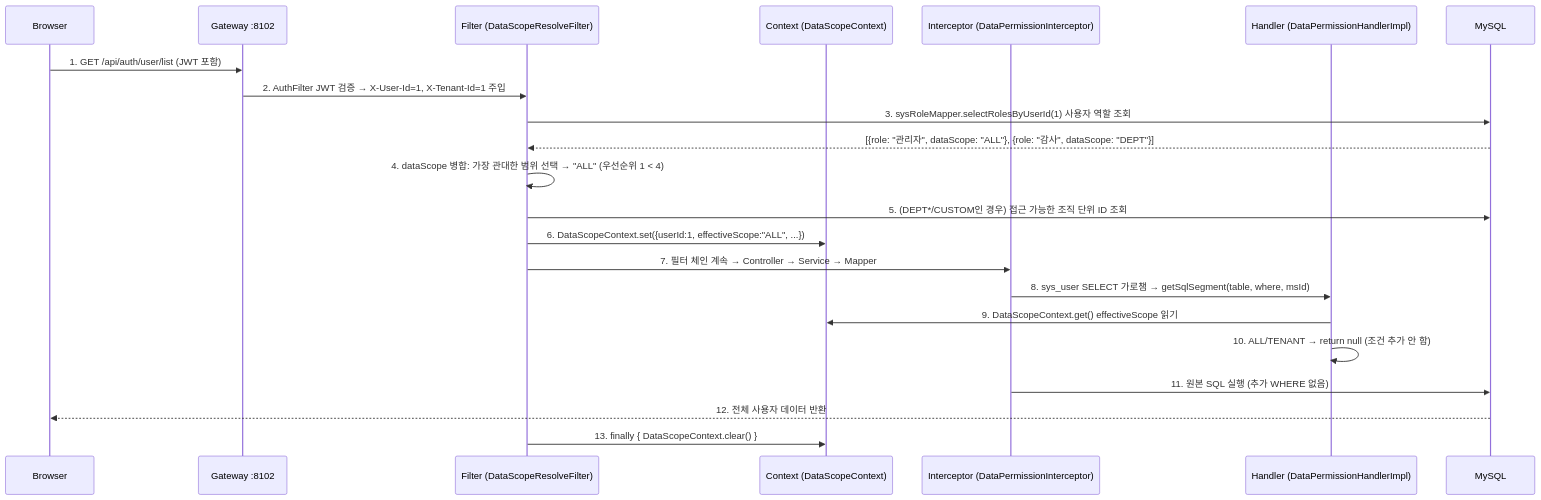
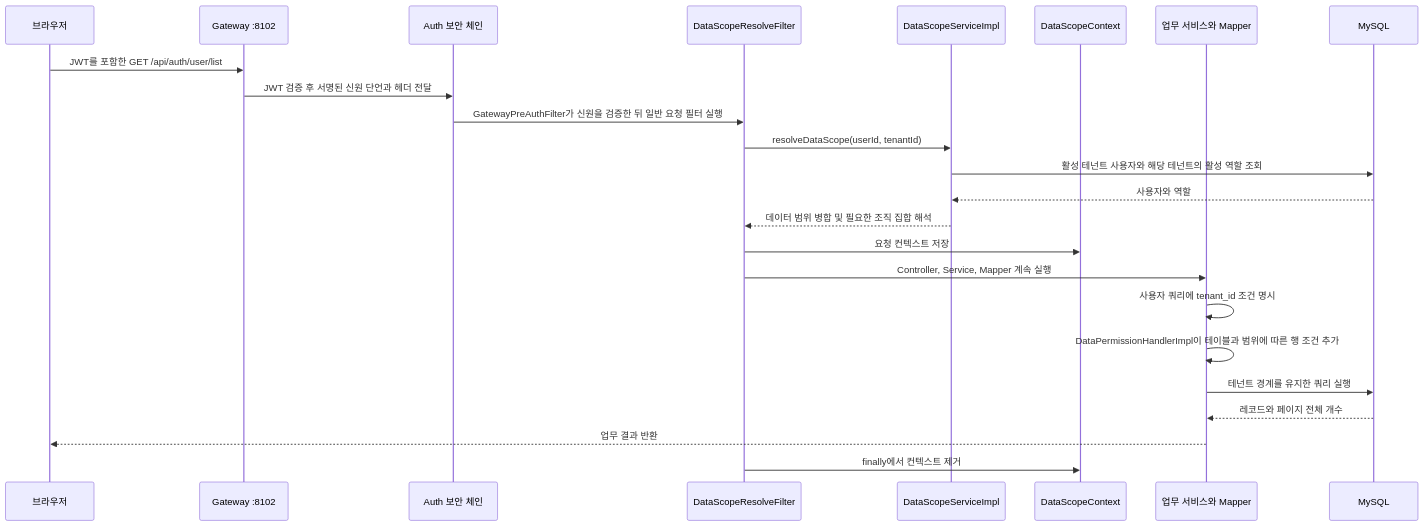
One commit to wang-baohai/Omni-Stack changed the sixth of 21 diagrams in docs/core-flows.kr.md. Above: the diagram before and after it, drawn with Mermaid. The commit also changed other lines of this file and 1095 other files, not shown here.

````diff
--- a/docs/core-flows.kr.md
+++ b/docs/core-flows.kr.md
@@ -734,25 +573,26 @@
 ```mermaid
 sequenceDiagram
-    participant B as Browser
+    participant B as 브라우저
     participant G as Gateway :8102
-    participant F as Filter (DataScopeResolveFilter)
-    participant C as Context (DataScopeContext)
-    participant I as Interceptor (DataPermissionInterceptor)
-    participant H as Handler (DataPermissionHandlerImpl)
+    participant A as Auth 보안 체인
+    participant F as DataScopeResolveFilter
+    participant S as DataScopeServiceImpl
+    participant C as DataScopeContext
+    participant Q as 업무 서비스와 Mapper
     participant M as MySQL
-
-    B->>G: 1. GET /api/auth/user/list (JWT 포함)
-    G->>F: 2. AuthFilter JWT 검증 → X-User-Id=1, X-Tenant-Id=1 주입
-    F->>M: 3. sysRoleMapper.selectRolesByUserId(1) 사용자 역할 조회
-    M-->>F: [{role: "관리자", dataScope: "ALL"}, {role: "감사", dataScope: "DEPT"}]
-    F->>F: 4. dataScope 병합: 가장 관대한 범위 선택 → "ALL" (우선순위 1 < 4)
-    F->>M: 5. (DEPT*/CUSTOM인 경우) 접근 가능한 조직 단위 ID 조회
-    F->>C: 6. DataScopeContext.set({userId:1, effectiveScope:"ALL", ...})
-    F->>I: 7. 필터 체인 계속 → Controller → Service → Mapper
-    I->>H: 8. sys_user SELECT 가로챔 → getSqlSegment(table, where, msId)
-    H->>C: 9. DataScopeContext.get() effectiveScope 읽기
-    H->>H: 10. ALL/TENANT → return null (조건 추가 안 함)
-    I->>M: 11. 원본 SQL 실행 (추가 WHERE 없음)
-    M-->>B: 12. 전체 사용자 데이터 반환
-    F->>C: 13. finally { DataScopeContext.clear() }
+    B->>G: JWT를 포함한 GET /api/auth/user/list
+    G->>A: JWT 검증 후 서명된 신원 단언과 헤더 전달
+    A->>F: GatewayPreAuthFilter가 신원을 검증한 뒤 일반 요청 필터 실행
+    F->>S: resolveDataScope(userId, tenantId)
+    S->>M: 활성 테넌트 사용자와 해당 테넌트의 활성 역할 조회
+    M-->>S: 사용자와 역할
+    S-->>F: 데이터 범위 병합 및 필요한 조직 집합 해석
+    F->>C: 요청 컨텍스트 저장
+    F->>Q: Controller, Service, Mapper 계속 실행
+    Q->>Q: 사용자 쿼리에 tenant_id 조건 명시
+    Q->>Q: DataPermissionHandlerImpl이 테이블과 범위에 따른 행 조건 추가
+    Q->>M: 테넌트 경계를 유지한 쿼리 실행
+    M-->>Q: 레코드와 페이지 전체 개수
+    Q-->>B: 업무 결과 반환
+    F->>C: finally에서 컨텍스트 제거
 ```
````
